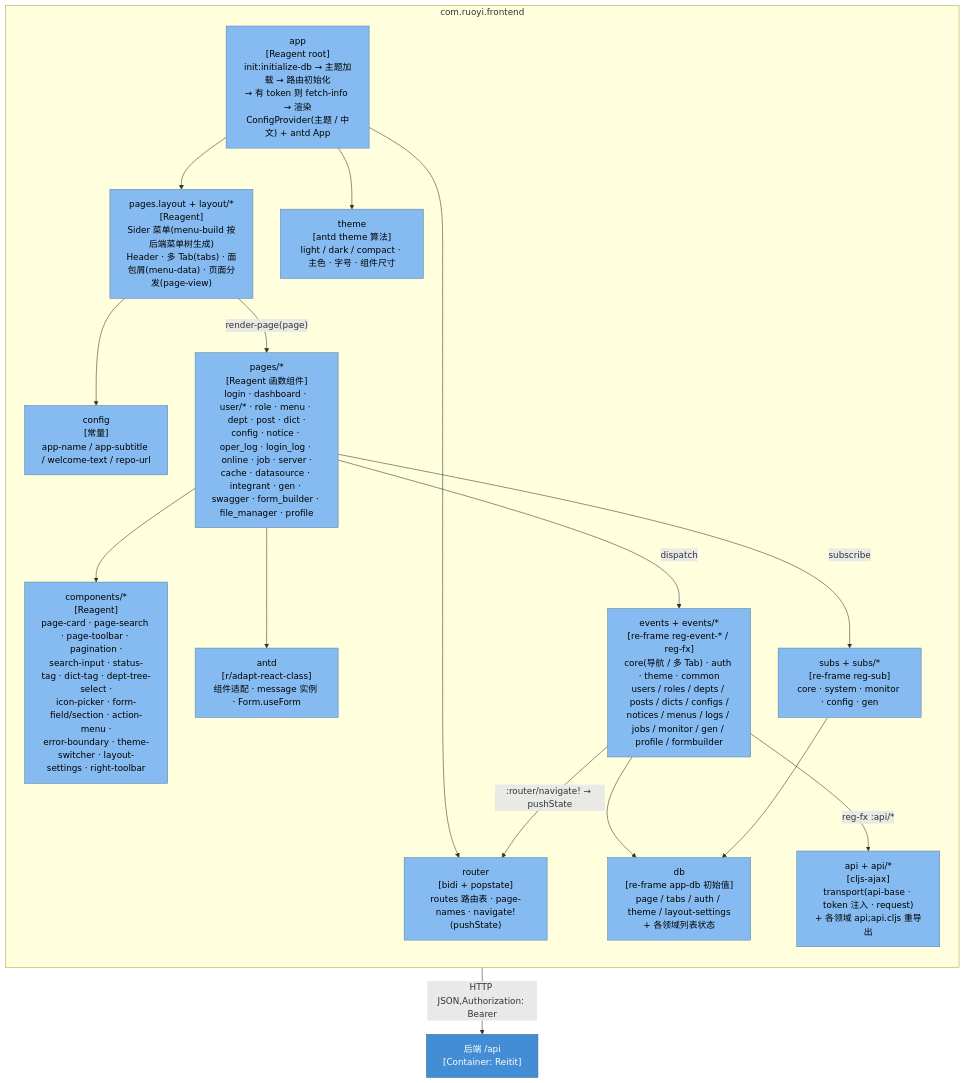
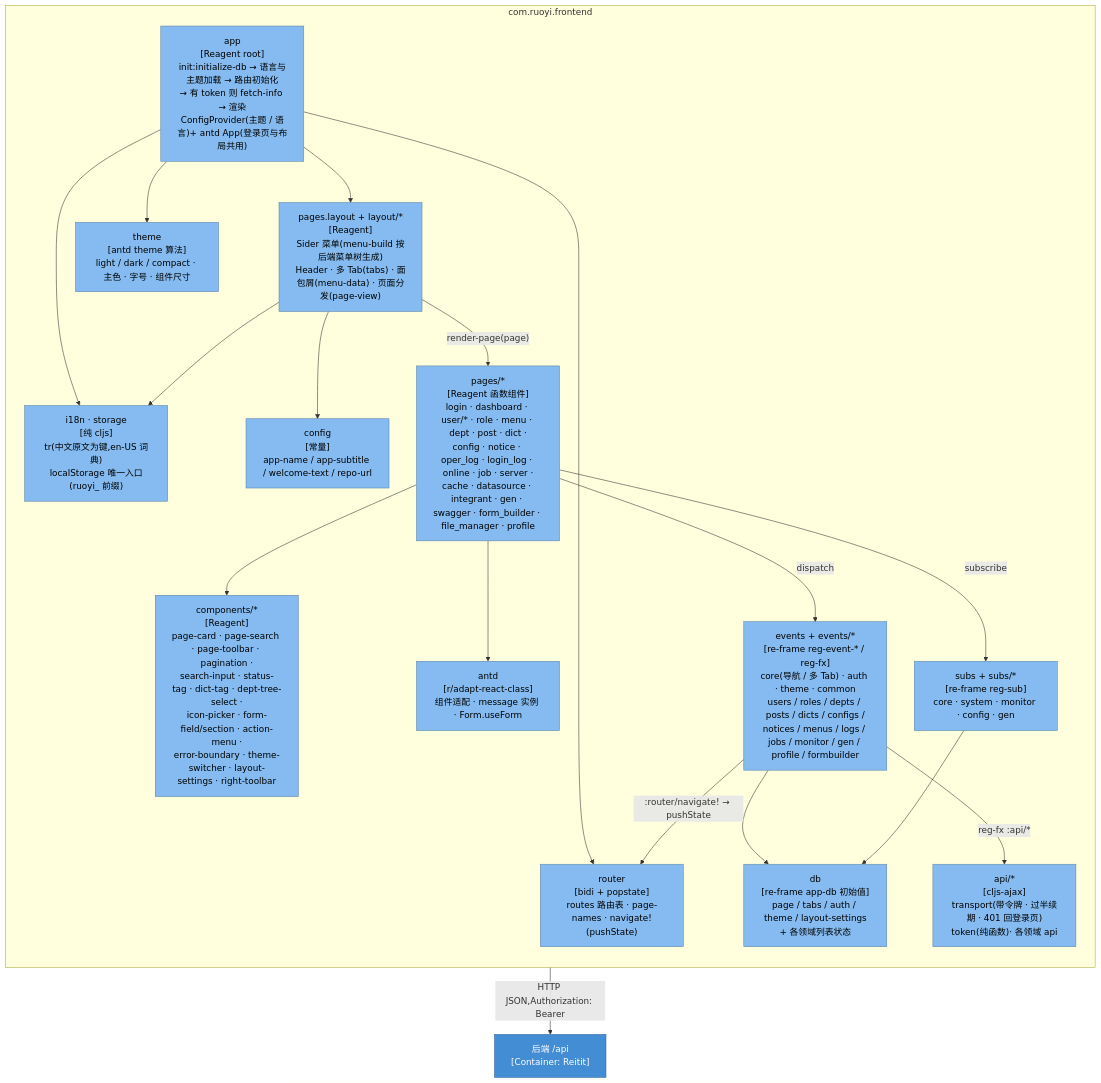
The fifth of 14 diagrams in docs/architecture/c4-model.org (RedCreationTech/clj-cljs-template), drawn with Mermaid before and after one commit. The commit also changed other lines of this file and 257 other files, not shown here.

```diff
--- a/docs/architecture/c4-model.org
+++ b/docs/architecture/c4-model.org
@@ -262,35 +264,38 @@
 #+begin_src mermaid :file img/c4-frontend-components.svg :exports results
 flowchart TB
   backend["后端 /api<br/>[Container: Reitit]"]:::container
   subgraph SPA["com.ruoyi.frontend"]
     direction TB
-    app["app<br/>[Reagent root]<br/>init:initialize-db → 主题加载 → 路由初始化<br/>→ 有 token 则 fetch-info → 渲染<br/>ConfigProvider(主题 / 中文) + antd App"]:::comp
+    app["app<br/>[Reagent root]<br/>init:initialize-db → 语言与主题加载 → 路由初始化<br/>→ 有 token 则 fetch-info → 渲染<br/>ConfigProvider(主题 / 语言)+ antd App(登录页与布局共用)"]:::comp
     cfg["config<br/>[常量]<br/>app-name / app-subtitle / welcome-text / repo-url"]:::comp
     router["router<br/>[bidi + popstate]<br/>routes 路由表 · page-names · navigate!(pushState)"]:::comp
     db["db<br/>[re-frame app-db 初始值]<br/>page / tabs / auth / theme / layout-settings<br/>+ 各领域列表状态"]:::comp
     events["events + events/*<br/>[re-frame reg-event-* / reg-fx]<br/>core(导航 / 多 Tab) · auth · theme · common<br/>users / roles / depts / posts / dicts / configs /<br/>notices / menus / logs / jobs / monitor / gen / profile / formbuilder"]:::comp
     subs["subs + subs/*<br/>[re-frame reg-sub]<br/>core · system · monitor · config · gen"]:::comp
-    api["api + api/*<br/>[cljs-ajax]<br/>transport(api-base · token 注入 · request)<br/>+ 各领域 api;api.cljs 重导出"]:::comp
+    api["api/*<br/>[cljs-ajax]<br/>transport(带令牌 · 过半续期 · 401 回登录页)<br/>token(纯函数)· 各领域 api"]:::comp
+    infra["i18n · storage<br/>[纯 cljs]<br/>tr(中文原文为键,en-US 词典)<br/>localStorage 唯一入口(ruoyi_ 前缀)"]:::comp
     antd["antd<br/>[r/adapt-react-class]<br/>组件适配 · message 实例 · Form.useForm"]:::comp
     layout["pages.layout + layout/*<br/>[Reagent]<br/>Sider 菜单(menu-build 按后端菜单树生成)<br/>Header · 多 Tab(tabs) · 面包屑(menu-data) · 页面分发(page-view)"]:::comp
     pages["pages/*<br/>[Reagent 函数组件]<br/>login · dashboard · user/* · role · menu · dept · post · dict ·<br/>config · notice · oper_log · login_log · online · job · server ·<br/>cache · datasource · integrant · gen · swagger · form_builder · file_manager · profile"]:::comp
     comps["components/*<br/>[Reagent]<br/>page-card · page-search · page-toolbar · pagination ·<br/>search-input · status-tag · dict-tag · dept-tree-select ·<br/>icon-picker · form-field/section · action-menu ·<br/>error-boundary · theme-switcher · layout-settings · right-toolbar"]:::comp
     theme["theme<br/>[antd theme 算法]<br/>light / dark / compact · 主色 · 字号 · 组件尺寸"]:::comp
   end
   app --> router
   app --> layout
   app --> theme
+  app --> infra
   layout --> cfg
+  layout --> infra
   layout -- "render-page(page)" --> pages
   pages --> comps
   pages --> antd
   pages -- dispatch --> events
   pages -- subscribe --> subs
   events --> db
   events -- "reg-fx :api/*" --> api
   events -- ":router/navigate! → pushState" --> router
   subs --> db
   api -- "HTTP JSON,Authorization: Bearer" --> backend
   classDef container fill:#438dd5,stroke:#2e6295,color:#fff
   classDef comp fill:#85bbf0,stroke:#5d82a8,color:#000
 #+end_src
```
